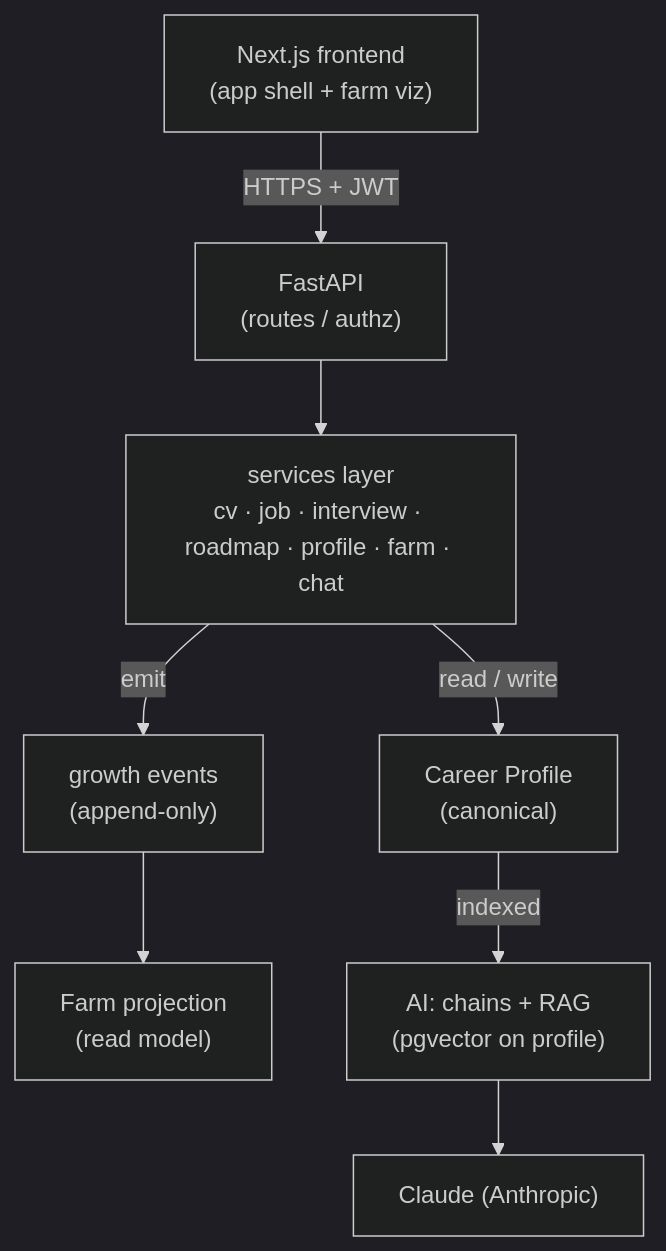
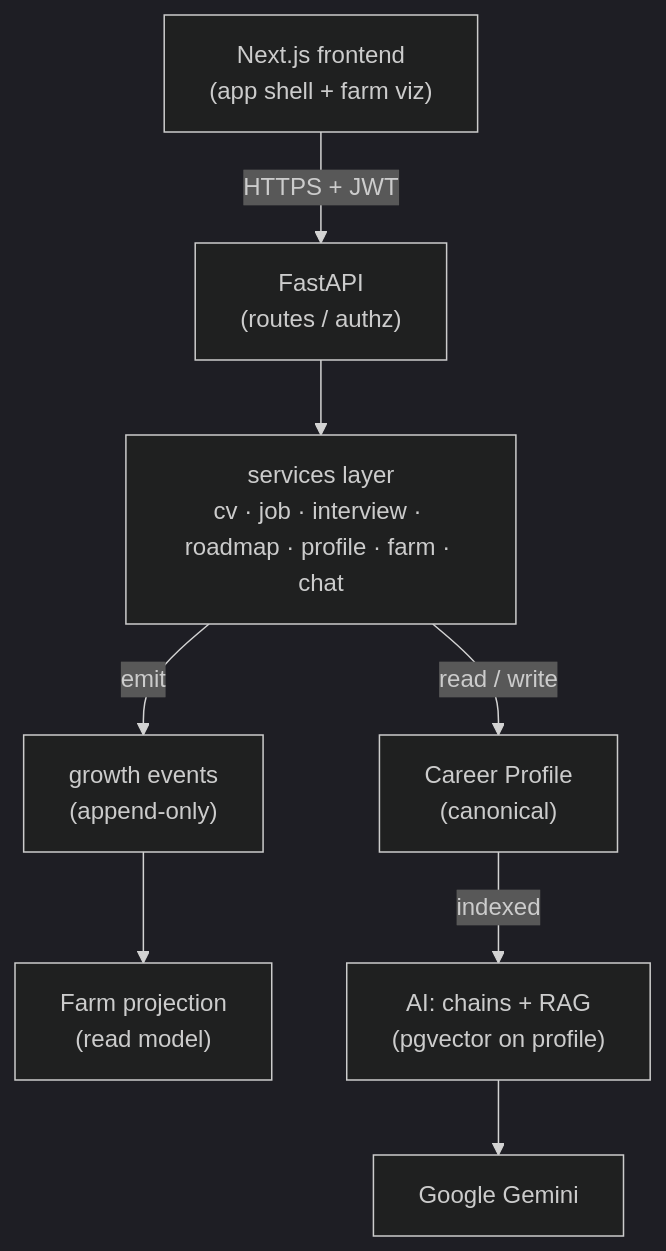
One commit to Jehad-Adel/CareerGrowth changed the first of 2 diagrams in docs/architecture.md. Above: the diagram before and after it, drawn with Mermaid (dark theme). The commit also changed other lines of this file and 14 other files, not shown here.

````diff
--- a/docs/architecture.md
+++ b/docs/architecture.md
@@ -11,19 +11,19 @@
 ```mermaid
 flowchart TD
     FE["Next.js frontend<br/>(app shell + farm viz)"]
     API["FastAPI<br/>(routes / authz)"]
     SVC["services layer<br/>cv · job · interview · roadmap · profile · farm · chat"]
     PROFILE["Career Profile<br/>(canonical)"]
     EVENTS["growth events<br/>(append-only)"]
     FARM["Farm projection<br/>(read model)"]
     AI["AI: chains + RAG<br/>(pgvector on profile)"]
-    CLAUDE["Claude (Anthropic)"]
+    GEMINI["Google Gemini"]
 
     FE -->|"HTTPS + JWT"| API
     API --> SVC
     SVC -->|read / write| PROFILE
     SVC -->|emit| EVENTS
     EVENTS --> FARM
     PROFILE -->|indexed| AI
-    AI --> CLAUDE
+    AI --> GEMINI
 ```
````
